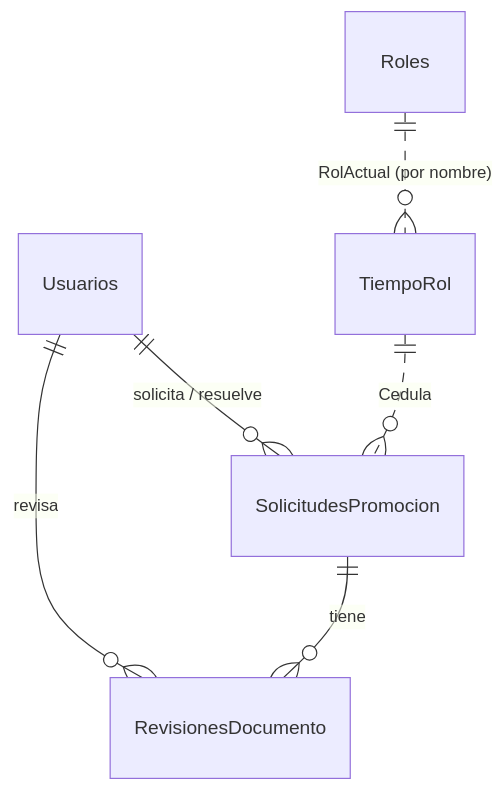
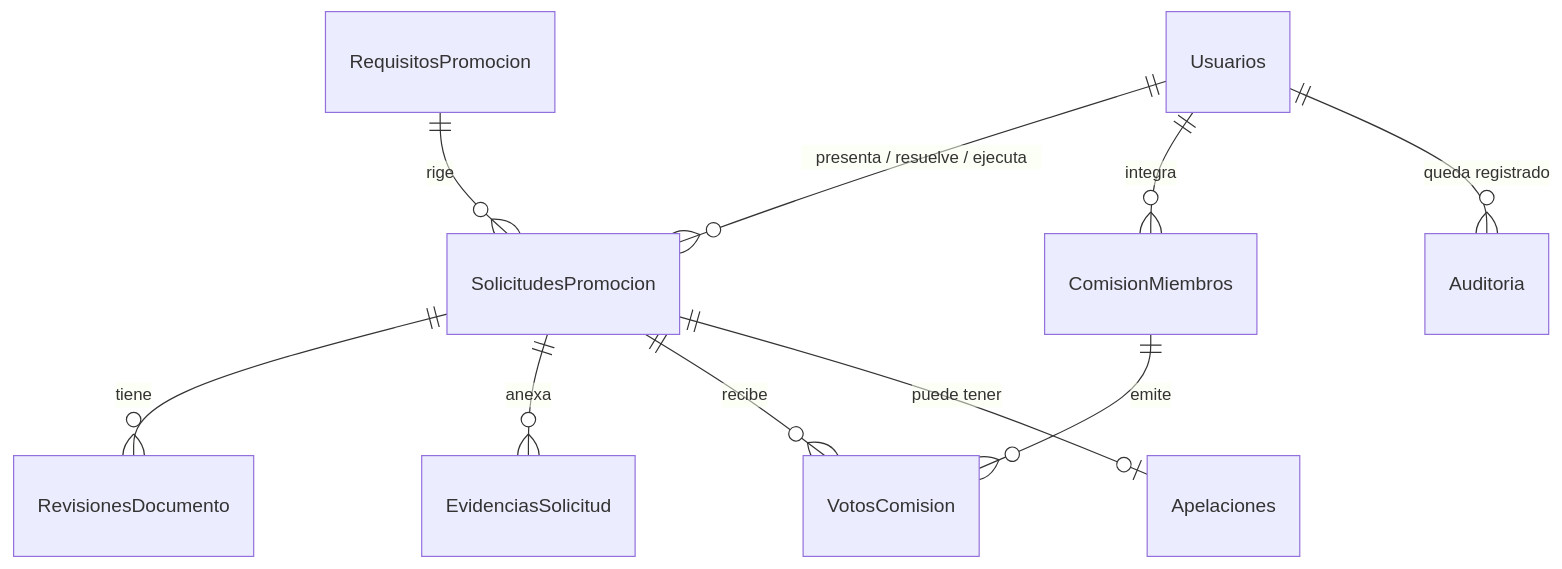
One commit to kiramman-mp3/promocion-docente-escalafon changed the diagram in docs/base-de-datos.md. Above: the diagram before and after it, drawn with Mermaid. The commit also changed other lines of this file and 3 other files, not shown here.

````diff
--- a/docs/base-de-datos.md
+++ b/docs/base-de-datos.md
@@ -24,8 +26,12 @@
 ```mermaid
 erDiagram
-    Usuarios ||--o{ SolicitudesPromocion : "solicita / resuelve"
+    Usuarios ||--o{ SolicitudesPromocion : "presenta / resuelve / ejecuta"
+    RequisitosPromocion ||--o{ SolicitudesPromocion : "rige"
     SolicitudesPromocion ||--o{ RevisionesDocumento : tiene
-    Usuarios ||--o{ RevisionesDocumento : revisa
-    Roles ||..o{ TiempoRol : "RolActual (por nombre)"
-    TiempoRol ||..o{ SolicitudesPromocion : "Cedula"
+    SolicitudesPromocion ||--o{ EvidenciasSolicitud : anexa
+    SolicitudesPromocion ||--o{ VotosComision : recibe
+    SolicitudesPromocion ||--o| Apelaciones : "puede tener"
+    Usuarios ||--o{ ComisionMiembros : integra
+    ComisionMiembros ||--o{ VotosComision : emite
+    Usuarios ||--o{ Auditoria : "queda registrado"
 ```
````
